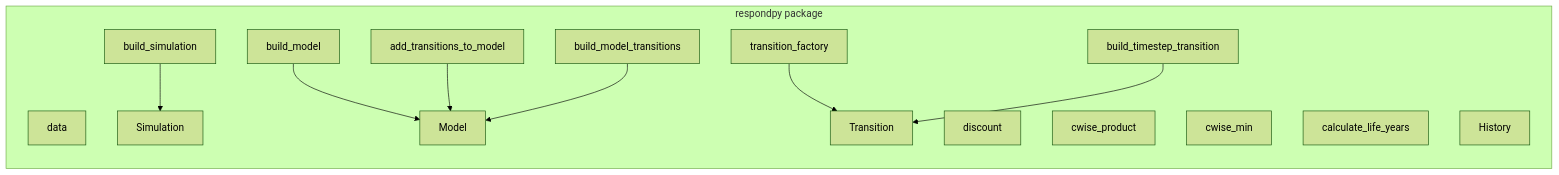
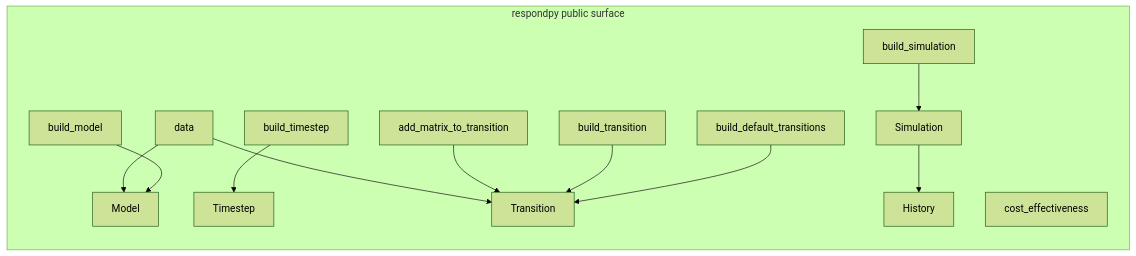
Before and after one commit to SyndemicsLab/respondpy: the first of 2 diagrams in docs/source/explanations/architecture.md, drawn with Mermaid (forest theme). The commit also changed other lines of this file and 55 other files, not shown here.

````diff
--- a/docs/source/explanations/architecture.md
+++ b/docs/source/explanations/architecture.md
@@ -7,30 +24,28 @@
 ```mermaid
 flowchart LR
-	subgraph Pkg[respondpy package]
+	subgraph Public[respondpy public surface]
 		data[data]
-		discount[discount]
-		cwise_product[cwise_product]
-		cwise_min[cwise_min]
-		calculate_life_years[calculate_life_years]
-
+		cost[cost_effectiveness]
 		History[History]
 		Model[Model]
+		Simulation[Simulation]
+		Timestep[Timestep]
+		Transition[Transition]
+		build_simulation[build_simulation]
 		build_model[build_model]
-		add_transitions_to_model[add_transitions_to_model]
-		build_model_transitions[build_model_transitions]
-
-		Simulation[Simulation]
-		build_simulation[build_simulation]
-
-		Transition[Transition]
-		transition_factory[transition_factory]
-		build_timestep_transition[build_timestep_transition]
+		build_timestep[build_timestep]
+		build_default_transitions[build_default_transitions]
+		build_transition[build_transition]
+		add_matrix_to_transition[add_matrix_to_transition]
 	end
 
 	build_simulation --> Simulation
 	build_model --> Model
-	add_transitions_to_model --> Model
-	build_model_transitions --> Model
-	transition_factory --> Transition
-	build_timestep_transition --> Transition
+	build_timestep --> Timestep
+	build_default_transitions --> Transition
+	build_transition --> Transition
+	add_matrix_to_transition --> Transition
+	Simulation --> History
+	data --> Model
+	data --> Transition
 ```
````
